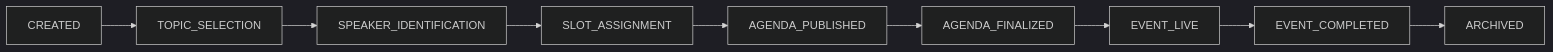
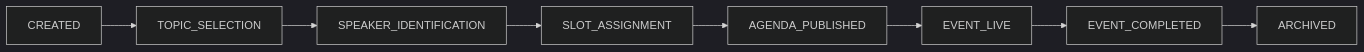
The diagram in docs/user-guide/entity-management/events.md (nissimbuchs/BATbern2), drawn with Mermaid (dark theme) before and after one commit. The commit also changed other lines of this file and 164 other files, not shown here.

First line of the commit message:
docs: documentation audit before BATbern60 (user guide, screenshots, PRD, architecture diagrams) (#1224)

````diff
--- a/docs/user-guide/entity-management/events.md
+++ b/docs/user-guide/entity-management/events.md
@@ -147,11 +131,10 @@
 ```mermaid
 graph LR
     A[CREATED] --> B[TOPIC_SELECTION]
     B --> C[SPEAKER_IDENTIFICATION]
     C --> D[SLOT_ASSIGNMENT]
     D --> E[AGENDA_PUBLISHED]
-    E --> F[AGENDA_FINALIZED]
-    F --> G[EVENT_LIVE]
-    G --> H[EVENT_COMPLETED]
-    H --> I[ARCHIVED]
+    E --> F[EVENT_LIVE]
+    F --> G[EVENT_COMPLETED]
+    G --> H[ARCHIVED]
 ```
````
